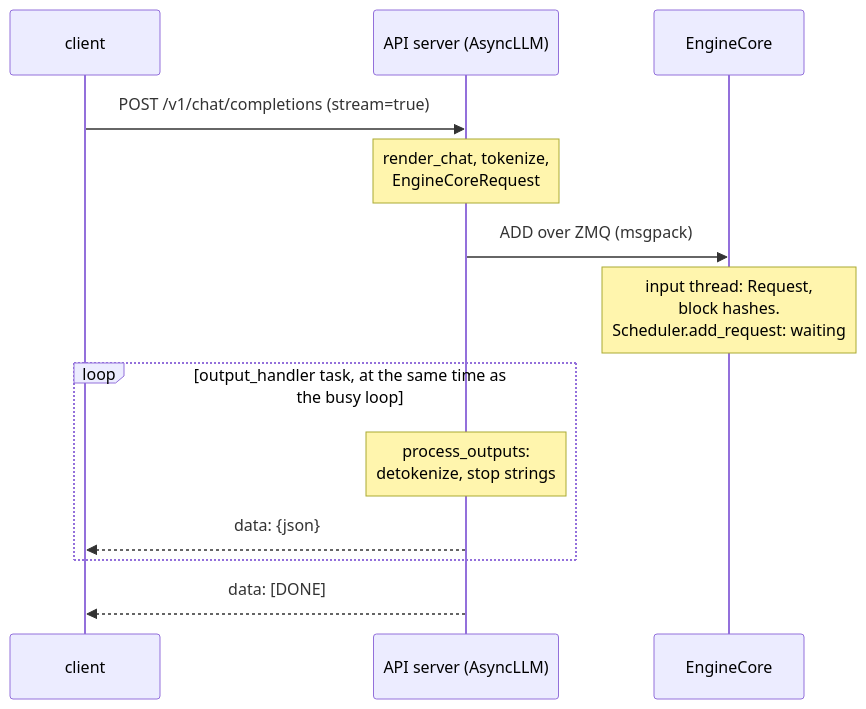
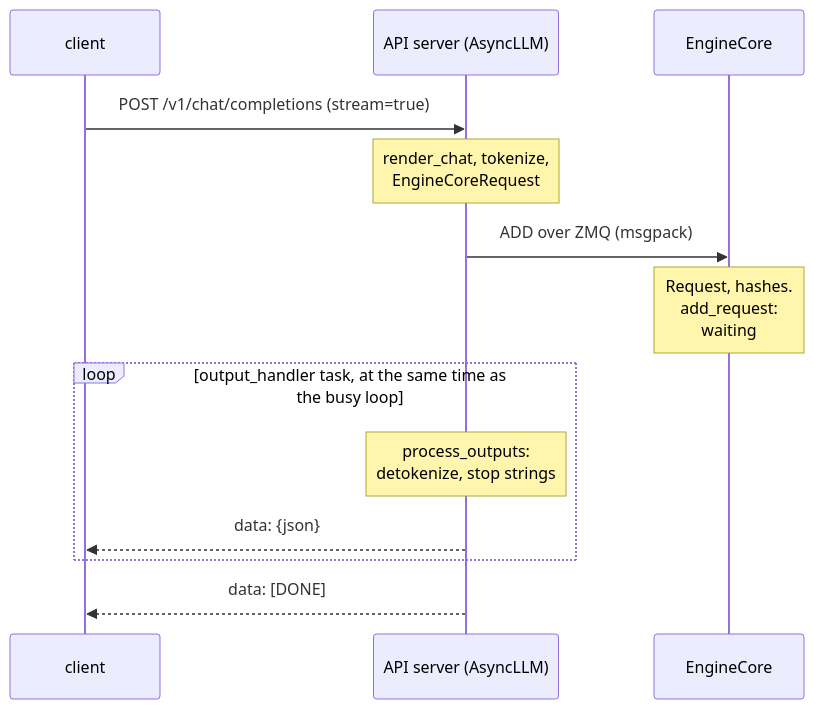
The second of 7 diagrams in 04-inference-engine/vllm-internals/vllm-internals-primer.md (aniryou/full-stack-agentic-engineer), drawn with Mermaid before and after one commit. The commit also changed other lines of this file and 211 other files, not shown here.

````diff
--- a/04-inference-engine/vllm-internals/vllm-internals-primer.md
+++ b/04-inference-engine/vllm-internals/vllm-internals-primer.md
@@ -215,15 +215,15 @@
 ```mermaid
 sequenceDiagram
     participant C as client
     participant A as API server (AsyncLLM)
     participant E as EngineCore
     C->>A: POST /v1/chat/completions (stream=true)
     Note over A: render_chat, tokenize,<br/>EngineCoreRequest
     A->>E: ADD over ZMQ (msgpack)
-    Note over E: input thread: Request,<br/>block hashes.<br/>Scheduler.add_request: waiting
+    Note over E: Request, hashes.<br/>add_request:<br/>waiting
     loop output_handler task, at the same time as the busy loop
         Note over A: process_outputs:<br/>detokenize, stop strings
         A-->>C: data: {json}
     end
     A-->>C: data: [DONE]
 ```
````
